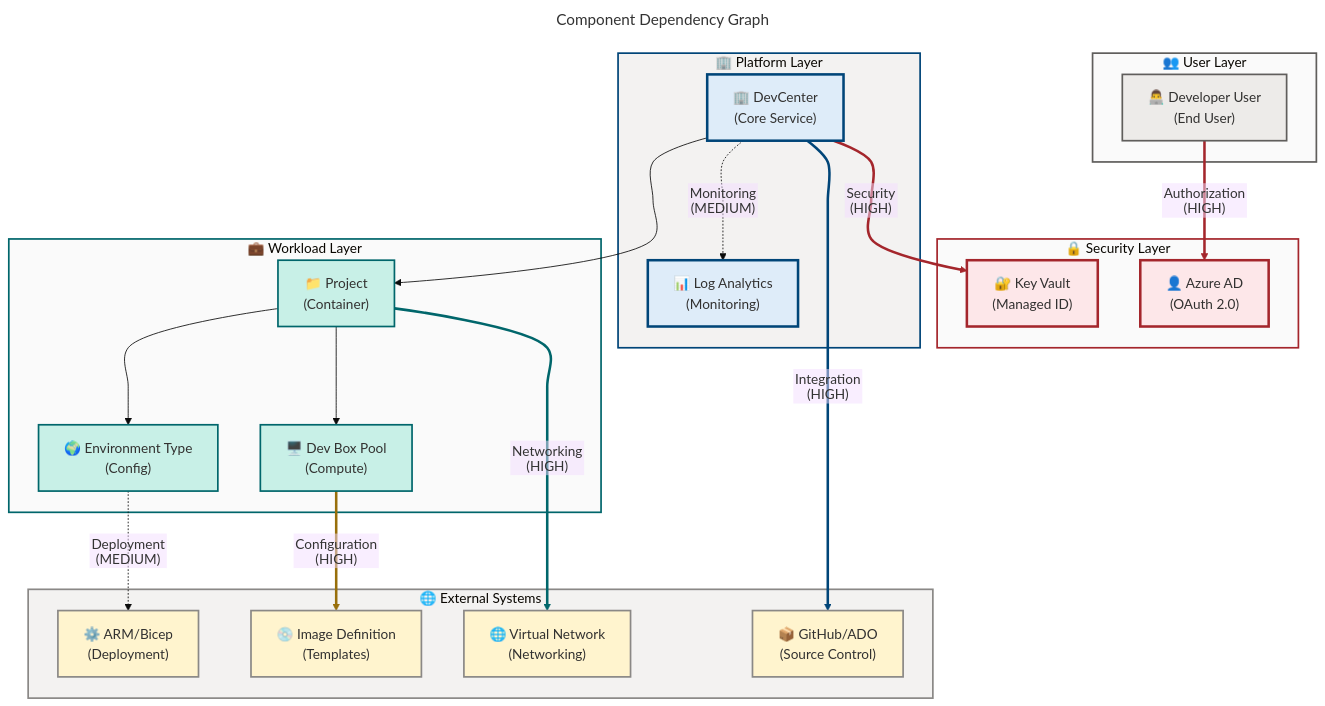
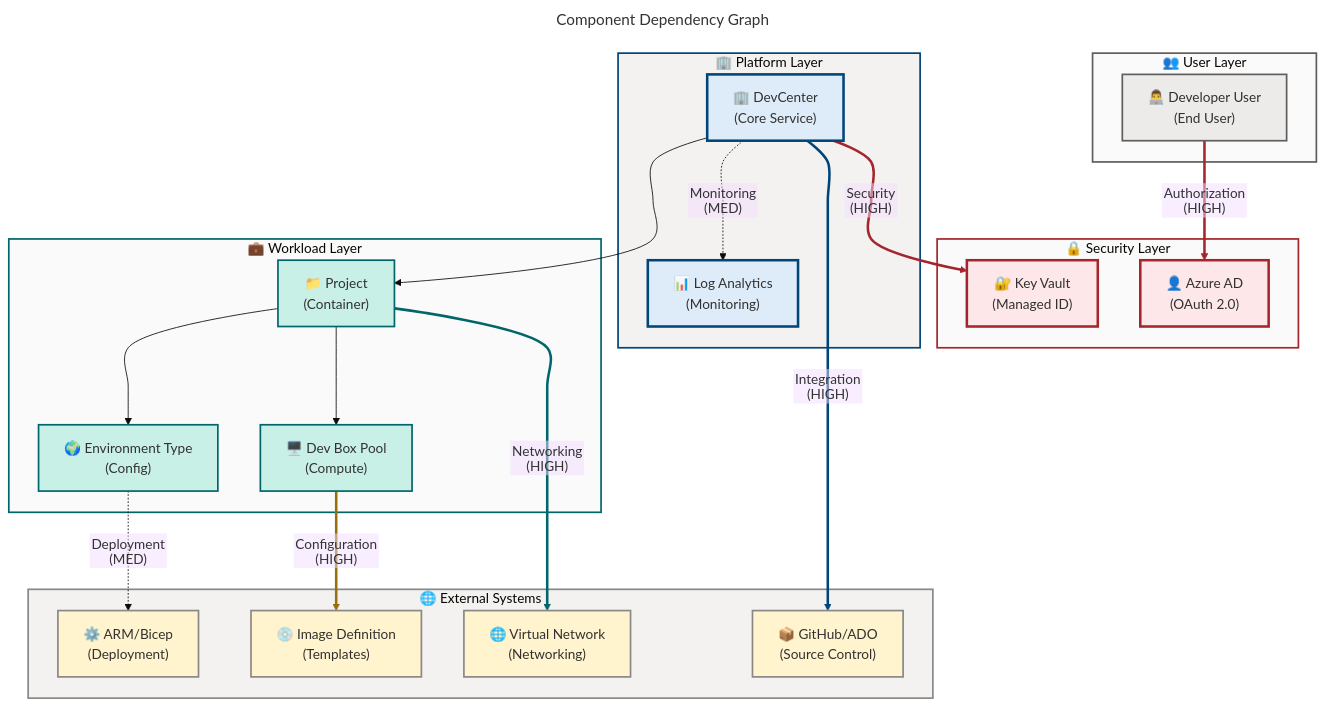
One commit to Evilazaro/DevExp-DevBox changed the third of 4 diagrams in docs/architecture/Business-Architecture.md. Above: the diagram before and after it, drawn with Mermaid.

Commit message:
fix: update impact labels in flowchart for consistency

```diff
--- a/docs/architecture/Business-Architecture.md
+++ b/docs/architecture/Business-Architecture.md
@@ -926,8 +926,8 @@
     linkStyle 4 stroke:#A4262C,stroke-width:3px
 
     %% Medium Impact Dependencies (dashed lines)
-    DC -.->|"Monitoring<br/>(MEDIUM)"| LA
-    ENV -.->|"Deployment<br/>(MEDIUM)"| ARM
+    DC -.->|"Monitoring<br/>(MED)"| LA
+    ENV -.->|"Deployment<br/>(MED)"| ARM
 
     %% Component relationships
     DC --> PROJ
```
